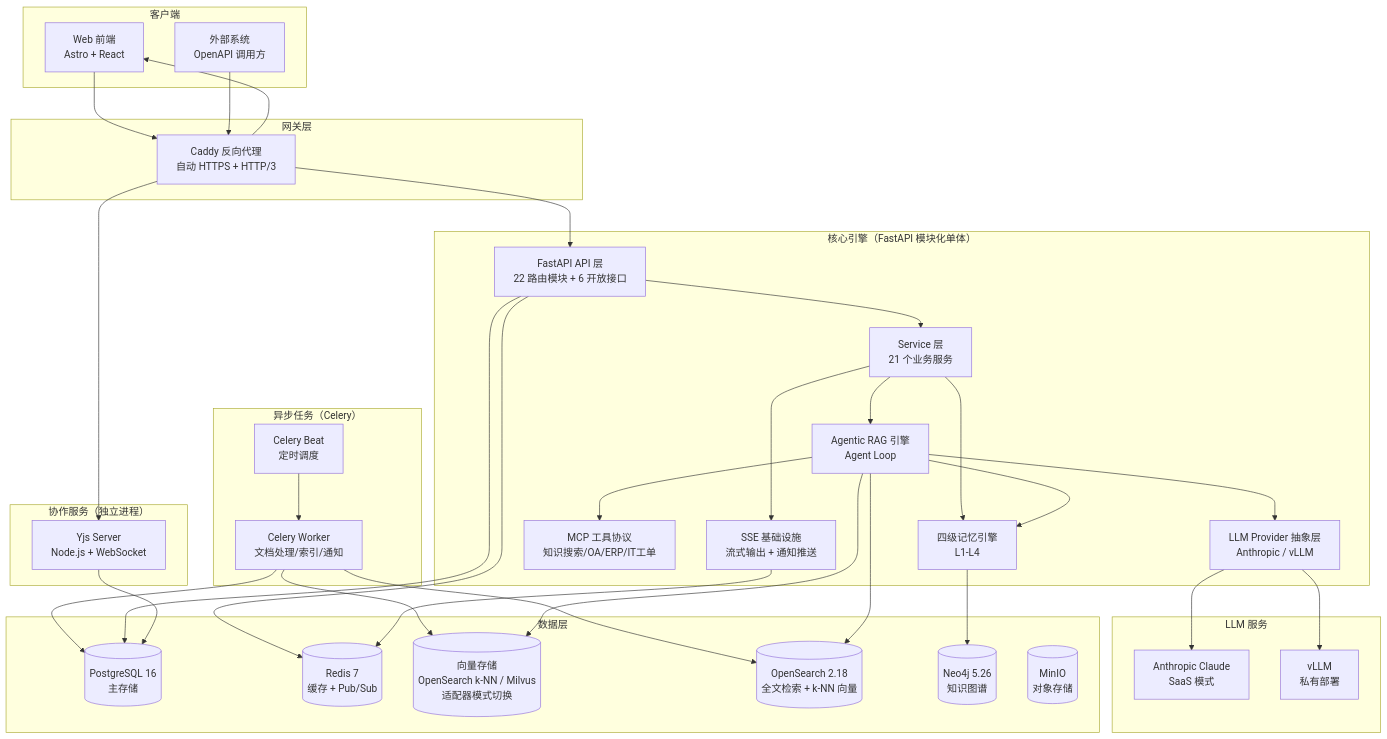
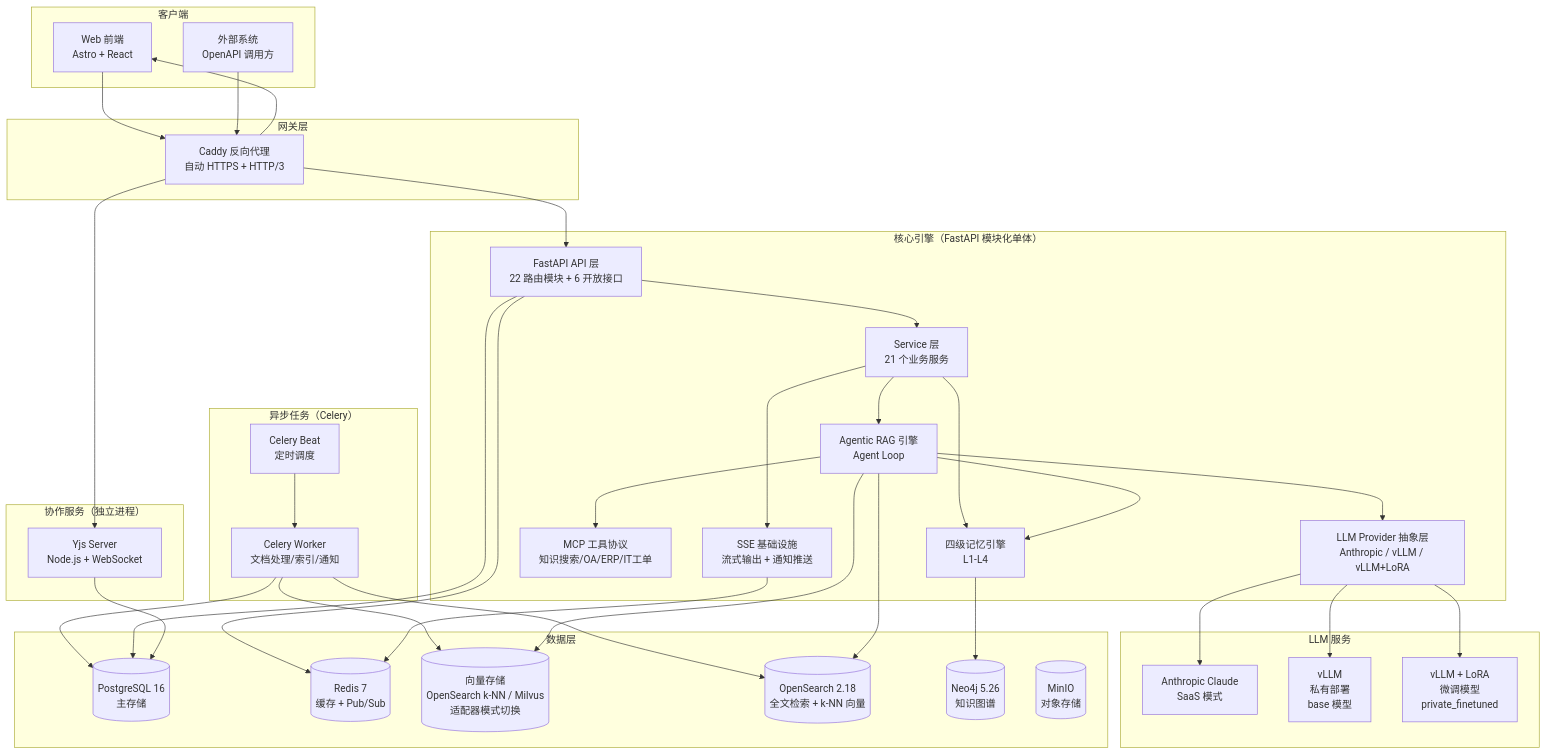
The first of 5 diagrams in docs/architecture.md (jamesfeng2009/KnowledgeBase), drawn with Mermaid before and after one commit. The commit also changed other lines of this file, not shown here.

First line of the commit message:
docs(architecture): add private_finetuned deploy mode + MLOps closed loop

````diff
--- a/docs/architecture.md
+++ b/docs/architecture.md
@@ -7,74 +7,76 @@
 ```mermaid
 graph TB
     subgraph "客户端"
         Web[Web 前端<br/>Astro + React]
         API_CLIENT[外部系统<br/>OpenAPI 调用方]
     end
 
     subgraph "网关层"
         CADDY[Caddy 反向代理<br/>自动 HTTPS + HTTP/3]
     end
 
     subgraph "核心引擎（FastAPI 模块化单体）"
         API[FastAPI API 层<br/>22 路由模块 + 6 开放接口]
         SERVICE[Service 层<br/>21 个业务服务]
         RAG[Agentic RAG 引擎<br/>Agent Loop]
         MEMORY[四级记忆引擎<br/>L1-L4]
-        LLM_LAYER[LLM Provider 抽象层<br/>Anthropic / vLLM]
+        LLM_LAYER[LLM Provider 抽象层<br/>Anthropic / vLLM / vLLM+LoRA]
         MCP_LAYER[MCP 工具协议<br/>知识搜索/OA/ERP/IT工单]
         SSE_LAYER[SSE 基础设施<br/>流式输出 + 通知推送]
     end
 
     subgraph "异步任务（Celery）"
         WORKER[Celery Worker<br/>文档处理/索引/通知]
         BEAT[Celery Beat<br/>定时调度]
     end
 
     subgraph "协作服务（独立进程）"
         YJS[Yjs Server<br/>Node.js + WebSocket]
     end
 
     subgraph "数据层"
         PG[(PostgreSQL 16<br/>主存储)]
         REDIS[(Redis 7<br/>缓存 + Pub/Sub)]
         VEC_STORE[(向量存储<br/>OpenSearch k-NN / Milvus<br/>适配器模式切换)]
         OS[(OpenSearch 2.18<br/>全文检索 + k-NN 向量)]
         NEO4J[(Neo4j 5.26<br/>知识图谱)]
         MINIO[(MinIO<br/>对象存储)]
     end
 
     subgraph "LLM 服务"
         CLAUDE[Anthropic Claude<br/>SaaS 模式]
-        VLLM[vLLM<br/>私有部署]
+        VLLM[vLLM<br/>私有部署<br/>base 模型]
+        VLLM_FT[vLLM + LoRA<br/>微调模型<br/>private_finetuned]
     end
 
     Web --> CADDY
     API_CLIENT --> CADDY
     CADDY --> API
     CADDY --> YJS
     CADDY --> Web
 
     API --> SERVICE
     SERVICE --> RAG
     SERVICE --> MEMORY
     SERVICE --> SSE_LAYER
     RAG --> LLM_LAYER
     RAG --> MCP_LAYER
     RAG --> MEMORY
 
     WORKER --> PG
     WORKER --> VEC_STORE
     WORKER --> OS
 
     API --> PG
     API --> REDIS
     RAG --> VEC_STORE
     RAG --> OS
     MEMORY --> NEO4J
     LLM_LAYER --> CLAUDE
     LLM_LAYER --> VLLM
+    LLM_LAYER --> VLLM_FT
 
     YJS --> PG
     SSE_LAYER --> REDIS
     BEAT --> WORKER
 ```
````
